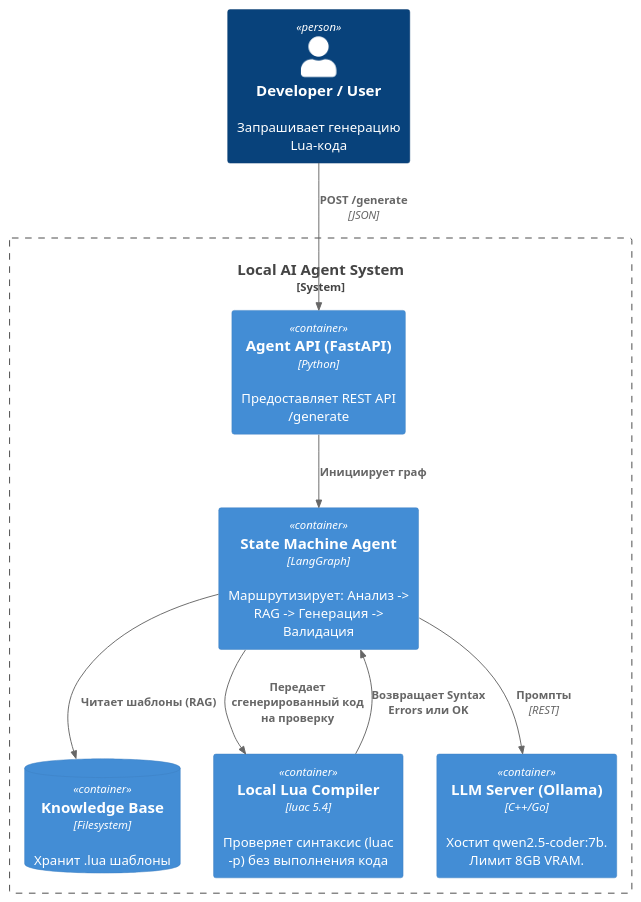
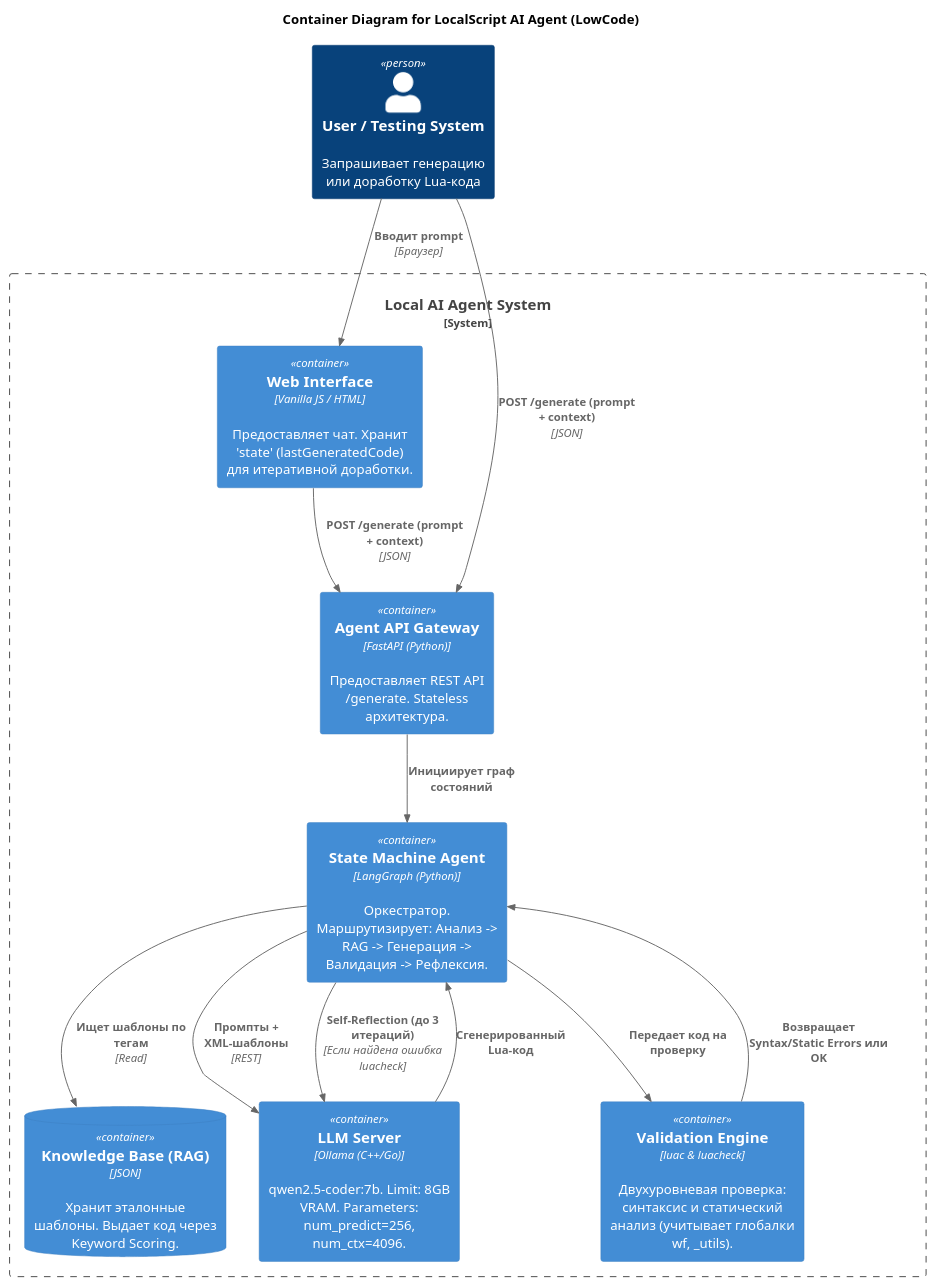
One commit to Ultramind-67/lua-ai-agent changed the diagram in architecture.puml. Above: the diagram before and after it, drawn with PlantUML. The commit also changed other lines of this file and 1 other file, not shown here.

```diff
--- a/architecture.puml
+++ b/architecture.puml
@@ -2,19 +2,37 @@
 @startuml C4_Container
 !include https://raw.githubusercontent.com/plantuml-stdlib/C4-PlantUML/master/C4_Container.puml
 
-Person(user, "Developer / User", "Запрашивает генерацию Lua-кода")
+title Container Diagram for LocalScript AI Agent (LowCode)
+
+Person(user, "User / Testing System", "Запрашивает генерацию или доработку Lua-кода")
+
 System_Boundary(c1, "Local AI Agent System") {
-    Container(api, "Agent API (FastAPI)", "Python", "Предоставляет REST API /generate")
-    Container(langgraph, "State Machine Agent", "LangGraph", "Маршрутизирует: Анализ -> RAG -> Генерация -> Валидация")
-    Container(lua_compiler, "Local Lua Compiler", "luac 5.4", "Проверяет синтаксис (luac -p) без выполнения кода")
-    ContainerDb(templates, "Knowledge Base", "Filesystem", "Хранит .lua шаблоны")
-    Container(ollama, "LLM Server (Ollama)", "C++/Go", "Хостит qwen2.5-coder:7b. Лимит 8GB VRAM.")
+
+    Container(ui, "Web Interface", "Vanilla JS / HTML", "Предоставляет чат. Хранит 'state' (lastGeneratedCode) для итеративной доработки.")
+
+    Container(api, "Agent API Gateway", "FastAPI (Python)", "Предоставляет REST API /generate. Stateless архитектура.")
+
+    Container(langgraph, "State Machine Agent", "LangGraph (Python)", "Оркестратор. Маршрутизирует: Анализ -> RAG -> Генерация -> Валидация -> Рефлексия.")
+
+    ContainerDb(templates, "Knowledge Base (RAG)", "JSON", "Хранит эталонные шаблоны. Выдает код через Keyword Scoring.")
+
+    Container(ollama, "LLM Server", "Ollama (C++/Go)", "qwen2.5-coder:7b. Limit: 8GB VRAM. Parameters: num_predict=256, num_ctx=4096.")
+
+    Container(linter, "Validation Engine", "luac & luacheck", "Двухуровневая проверка: синтаксис и статический анализ (учитывает глобалки wf, _utils).")
 }
 
-Rel(user, api, "POST /generate", "JSON")
-Rel(api, langgraph, "Инициирует граф")
-Rel(langgraph, templates, "Читает шаблоны (RAG)")
-Rel(langgraph, ollama, "Промпты", "REST")
-Rel(langgraph, lua_compiler, "Передает сгенерированный код на проверку")
-Rel(lua_compiler, langgraph, "Возвращает Syntax Errors или OK")
+Rel(user, ui, "Вводит prompt", "Браузер")
+Rel(user, api, "POST /generate (prompt + context)", "JSON")
+Rel(ui, api, "POST /generate (prompt + context)", "JSON")
+
+Rel(api, langgraph, "Инициирует граф состояний")
+Rel(langgraph, templates, "Ищет шаблоны по тегам", "Read")
+Rel(langgraph, ollama, "Промпты + XML-шаблоны", "REST")
+Rel(ollama, langgraph, "Сгенерированный Lua-код")
+
+Rel(langgraph, linter, "Передает код на проверку")
+Rel(linter, langgraph, "Возвращает Syntax/Static Errors или OK")
+
+Rel(langgraph, ollama, "Self-Reflection (до 3 итераций)", "Если найдена ошибка luacheck")
+
 @enduml
```
